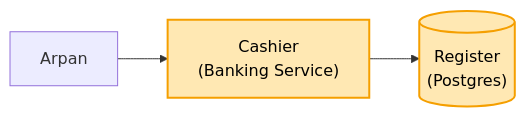
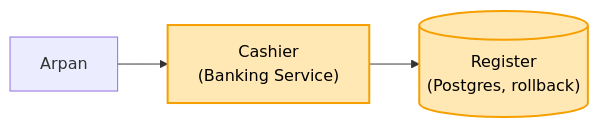
The first of 13 diagrams in 04_HLD/SYSTEM_DESIGNS/13_banking_system/13_banking_system.md (ArpanMaheshwari144/Prep), drawn with Mermaid before and after one commit. The commit also changed other lines of this file and 17 other files, not shown here.

Commit message:
HLD: 17 main files hand notes se milaye (har block alag section, kahani + asli naam, mermaid), technical naam bhi rakhe

````diff
--- a/04_HLD/SYSTEM_DESIGNS/13_banking_system/13_banking_system.md
+++ b/04_HLD/SYSTEM_DESIGNS/13_banking_system/13_banking_system.md
@@ -32,7 +32,7 @@
 ```mermaid
 flowchart LR
     A["Arpan"] --> C["Cashier<br/>(Banking Service)"]
-    C --> R[("Register<br/>(Postgres)")]
+    C --> R[("Register<br/>(Postgres, rollback)")]
     style C fill:#ffe8b3,stroke:#f59f00,stroke-width:2px,color:#000
     style R fill:#ffe8b3,stroke:#f59f00,stroke-width:2px,color:#000
 ```
````
